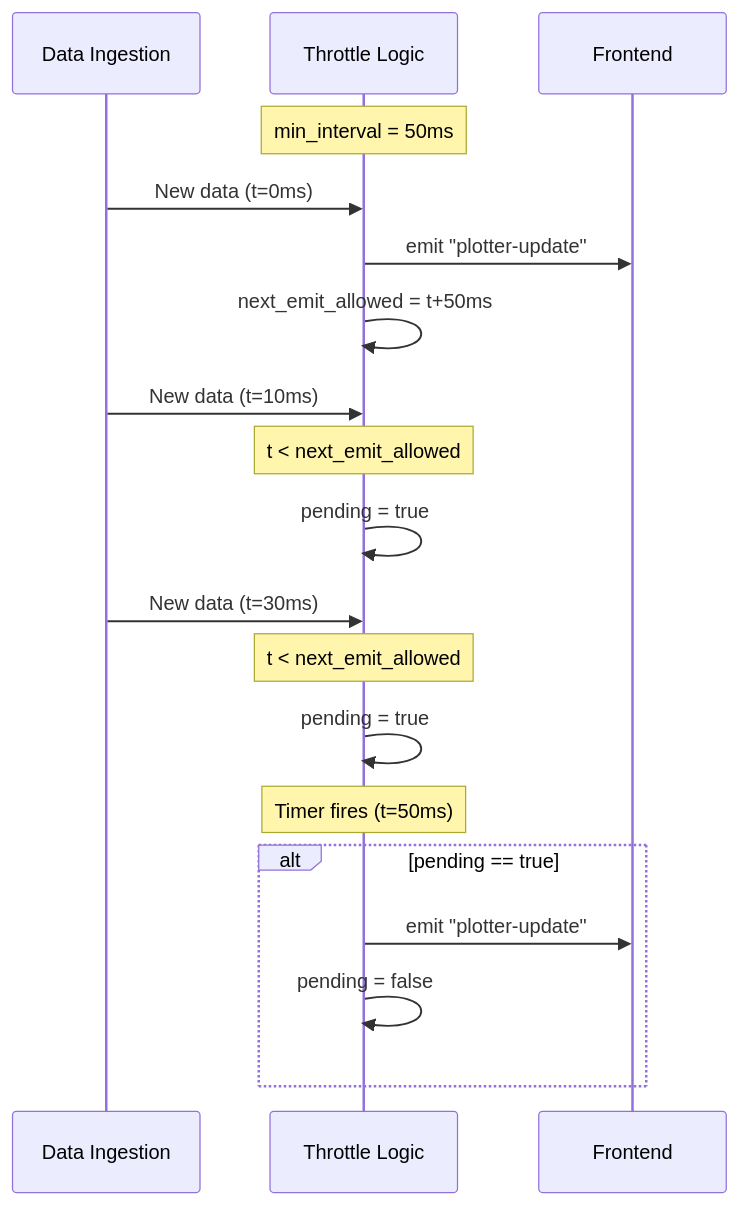
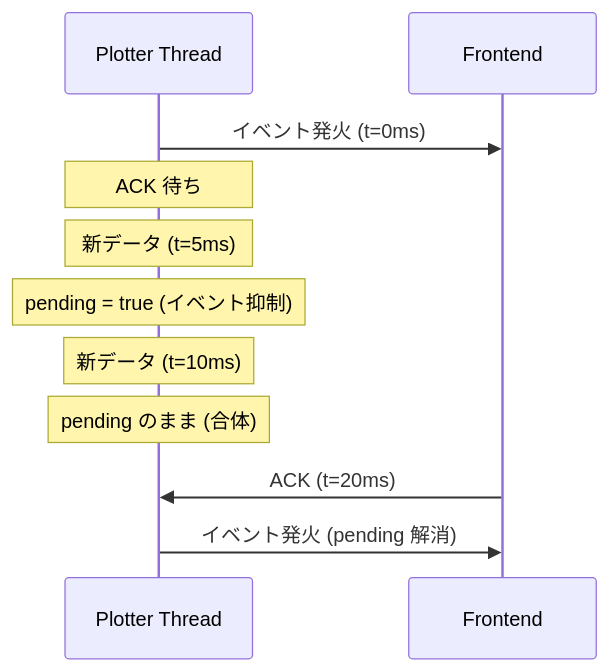
The third of 4 diagrams in docs/11_refactor_throttled_events.md (771-8bit/SerialMonitorEssential), drawn with Mermaid before and after one commit. The commit also changed other lines of this file and 9 other files, not shown here.

````diff
--- a/docs/11_refactor_throttled_events.md
+++ b/docs/11_refactor_throttled_events.md
@@ -49,26 +126,17 @@
 ```mermaid
 sequenceDiagram
-    participant DI as Data Ingestion
-    participant TH as Throttle Logic  
+    participant PT as Plotter Thread
     participant FE as Frontend
     
-    Note over TH: min_interval = 50ms
+    PT->>FE: イベント発火 (t=0ms)
+    Note over PT: ACK 待ち
     
-    DI->>TH: New data (t=0ms)
-    TH->>FE: emit "plotter-update"
-    TH->>TH: next_emit_allowed = t+50ms
+    Note over PT: 新データ (t=5ms)
+    Note over PT: pending = true (イベント抑制)
     
-    DI->>TH: New data (t=10ms)
-    Note over TH: t < next_emit_allowed
-    TH->>TH: pending = true
+    Note over PT: 新データ (t=10ms)
+    Note over PT: pending のまま (合体)
     
-    DI->>TH: New data (t=30ms)
-    Note over TH: t < next_emit_allowed
-    TH->>TH: pending = true
-    
-    Note over TH: Timer fires (t=50ms)
-    alt pending == true
-        TH->>FE: emit "plotter-update"
-        TH->>TH: pending = false
-    end
+    FE->>PT: ACK (t=20ms)
+    PT->>FE: イベント発火 (pending 解消)
 ```
````
